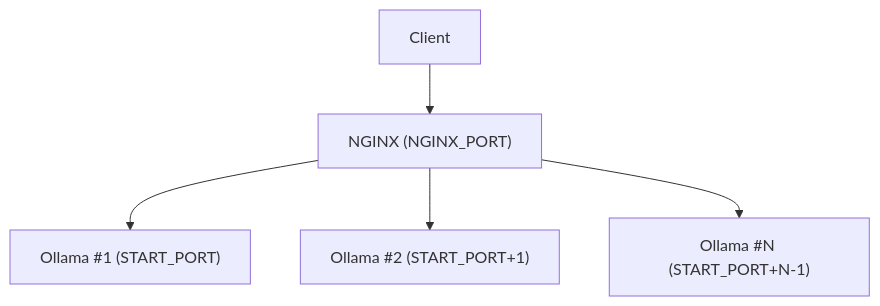
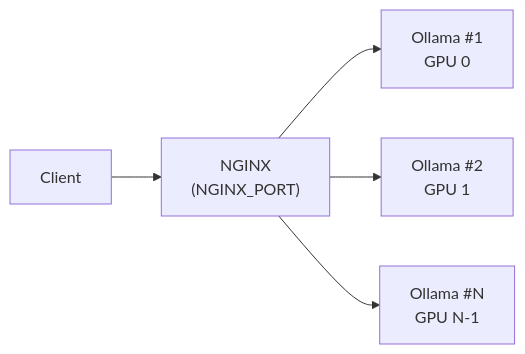
The diagram in README.md (Saket-Kr/nomic-embedding-lb), drawn with Mermaid before and after one commit. The commit also changed other lines of this file and 3 other files, not shown here.

First line of the commit message:
Switch to ollama/ollama base, add multi-GPU pinning, default to 1 instance

````diff
--- a/README.md
+++ b/README.md
@@ -26,13 +51,13 @@
 ```mermaid
-flowchart TD
+flowchart LR
     Client["Client"]
-    NGINX["NGINX (NGINX_PORT)"]
-    O1["Ollama #1 (START_PORT)"]
-    O2["Ollama #2 (START_PORT+1)"]
-    ON["Ollama #N (START_PORT+N-1)"]
+    NGINX["NGINX<br/>(NGINX_PORT)"]
+    O1["Ollama #1<br/>GPU 0"]
+    O2["Ollama #2<br/>GPU 1"]
+    ON["Ollama #N<br/>GPU N-1"]
 
     Client --> NGINX
     NGINX --> O1
     NGINX --> O2
     NGINX --> ON
 ```
````
